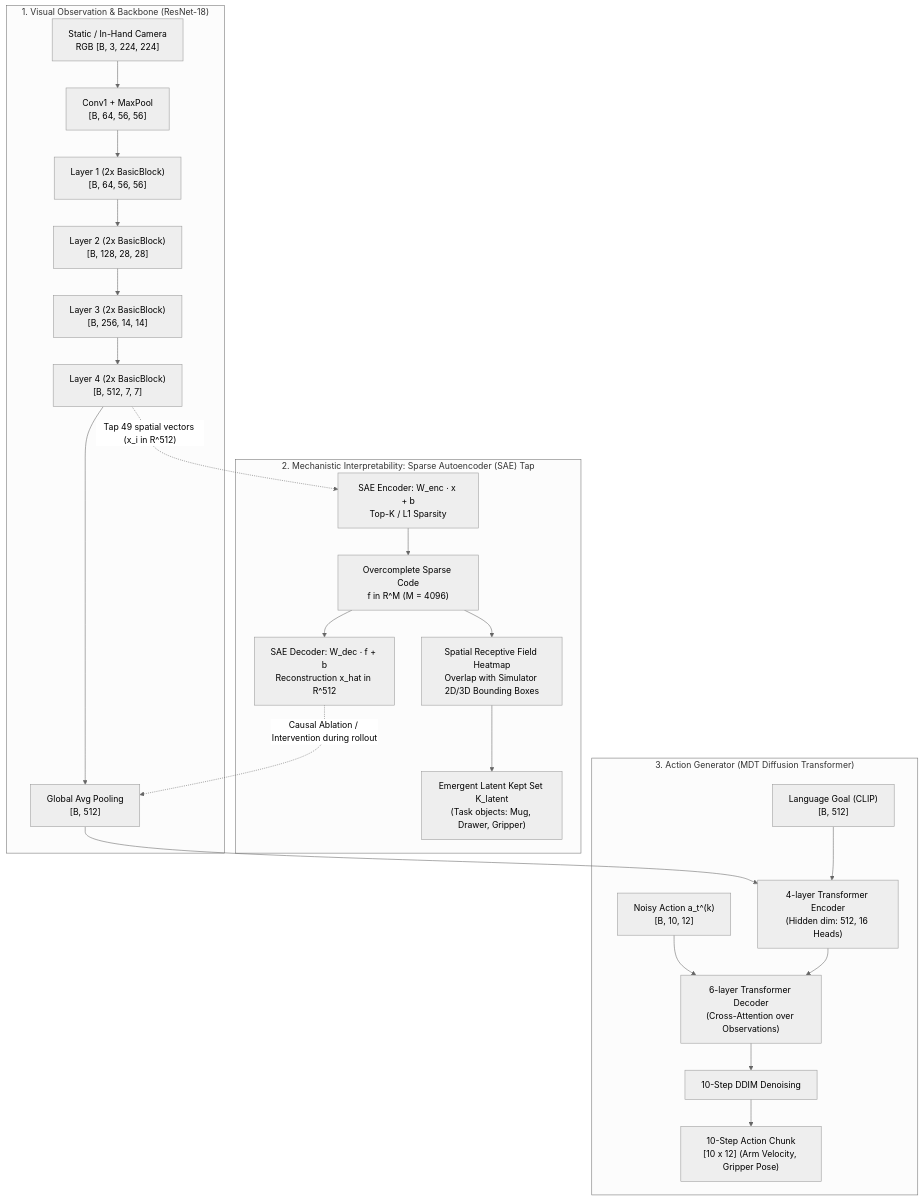
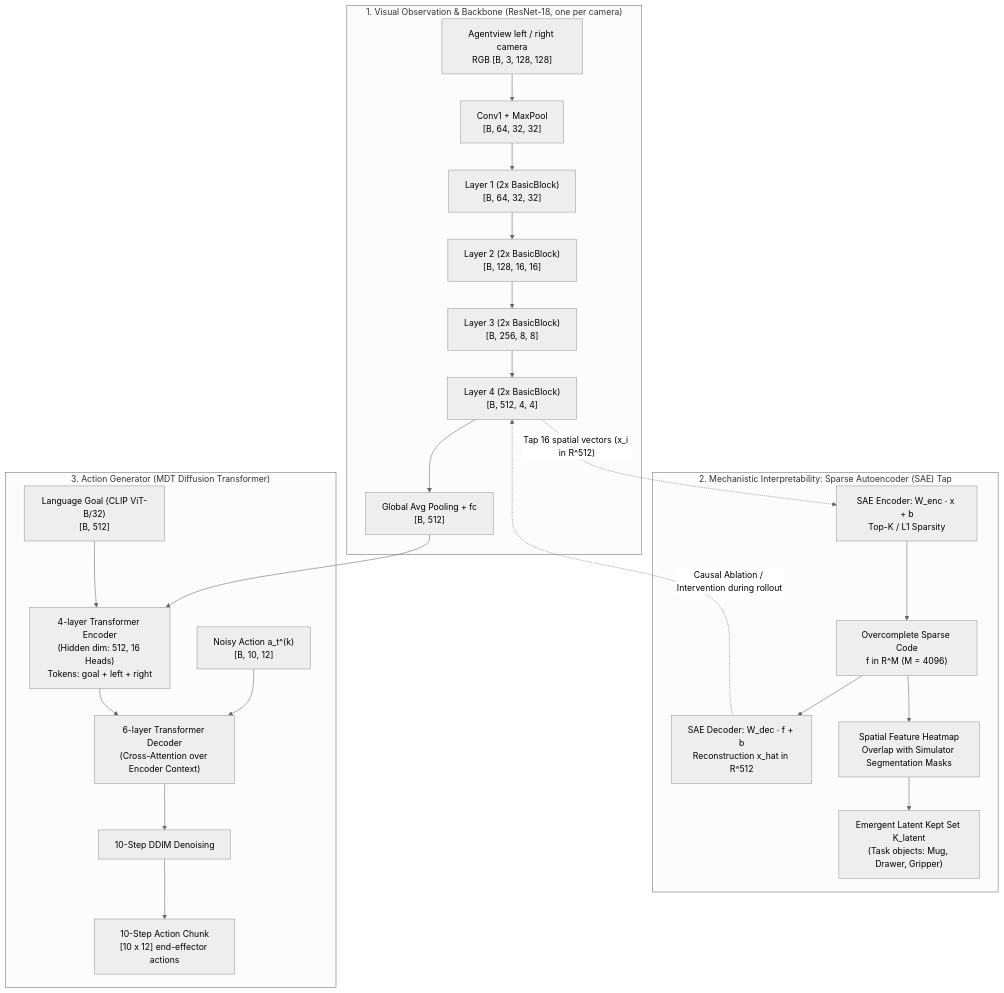
Before and after one commit to officiallygod/Mechanistic-Interpretability-for-SIR: the diagram in docs/architecture_deep_dive.md, drawn with Mermaid (neutral theme). The commit also changed other lines of this file and 6 other files, not shown here.

Commit message:
sir mindmap

````diff
--- a/docs/architecture_deep_dive.md
+++ b/docs/architecture_deep_dive.md
@@ -6,30 +7,30 @@
 ```mermaid
 flowchart TD
-    subgraph S1["1. Visual Observation & Backbone (ResNet-18)"]
-        Cam["Static / In-Hand Camera\nRGB [B, 3, 224, 224]"] --> Conv1["Conv1 + MaxPool\n[B, 64, 56, 56]"]
-        Conv1 --> L1["Layer 1 (2x BasicBlock)\n[B, 64, 56, 56]"]
-        L1 --> L2["Layer 2 (2x BasicBlock)\n[B, 128, 28, 28]"]
-        L2 --> L3["Layer 3 (2x BasicBlock)\n[B, 256, 14, 14]"]
-        L3 --> L4["Layer 4 (2x BasicBlock)\n[B, 512, 7, 7]"]
-        L4 --> Pool["Global Avg Pooling\n[B, 512]"]
+    subgraph S1["1. Visual Observation & Backbone (ResNet-18, one per camera)"]
+        Cam["Agentview left / right camera\nRGB [B, 3, 128, 128]"] --> Conv1["Conv1 + MaxPool\n[B, 64, 32, 32]"]
+        Conv1 --> L1["Layer 1 (2x BasicBlock)\n[B, 64, 32, 32]"]
+        L1 --> L2["Layer 2 (2x BasicBlock)\n[B, 128, 16, 16]"]
+        L2 --> L3["Layer 3 (2x BasicBlock)\n[B, 256, 8, 8]"]
+        L3 --> L4["Layer 4 (2x BasicBlock)\n[B, 512, 4, 4]"]
+        L4 --> Pool["Global Avg Pooling + fc\n[B, 512]"]
     end
 
     subgraph S2["2. Mechanistic Interpretability: Sparse Autoencoder (SAE) Tap"]
-        L4 -.->|"Tap 49 spatial vectors (x_i in R^512)"| SAE_Enc["SAE Encoder: W_enc · x + b\nTop-K / L1 Sparsity"]
+        L4 -.->|"Tap 16 spatial vectors (x_i in R^512)"| SAE_Enc["SAE Encoder: W_enc · x + b\nTop-K / L1 Sparsity"]
         SAE_Enc --> SparseF["Overcomplete Sparse Code\nf in R^M (M = 4096)"]
         SparseF --> SAE_Dec["SAE Decoder: W_dec · f + b\nReconstruction x_hat in R^512"]
-        SparseF --> Grounding["Spatial Receptive Field Heatmap\nOverlap with Simulator 2D/3D Bounding Boxes"]
+        SparseF --> Grounding["Spatial Feature Heatmap\nOverlap with Simulator Segmentation Masks"]
         Grounding --> KeptSet["Emergent Latent Kept Set K_latent\n(Task objects: Mug, Drawer, Gripper)"]
     end
 
     subgraph S3["3. Action Generator (MDT Diffusion Transformer)"]
-        Pool --> MDT_Enc["4-layer Transformer Encoder\n(Hidden dim: 512, 16 Heads)"]
-        Goal["Language Goal (CLIP)\n[B, 512]"] --> MDT_Enc
-        Noise["Noisy Action a_t^(k)\n[B, 10, 12]"] --> MDT_Dec["6-layer Transformer Decoder\n(Cross-Attention over Observations)"]
+        Pool --> MDT_Enc["4-layer Transformer Encoder\n(Hidden dim: 512, 16 Heads)\nTokens: goal + left + right"]
+        Goal["Language Goal (CLIP ViT-B/32)\n[B, 512]"] --> MDT_Enc
+        Noise["Noisy Action a_t^(k)\n[B, 10, 12]"] --> MDT_Dec["6-layer Transformer Decoder\n(Cross-Attention over Encoder Context)"]
         MDT_Enc --> MDT_Dec
         MDT_Dec --> DDIM["10-Step DDIM Denoising"]
-        DDIM --> Action["10-Step Action Chunk\n[10 x 12] (Arm Velocity, Gripper Pose)"]
+        DDIM --> Action["10-Step Action Chunk\n[10 x 12] end-effector actions"]
     end
 
-    SAE_Dec -.->|"Causal Ablation / Intervention during rollout"| Pool
+    SAE_Dec -.->|"Causal Ablation / Intervention during rollout"| L4
 ```
````
